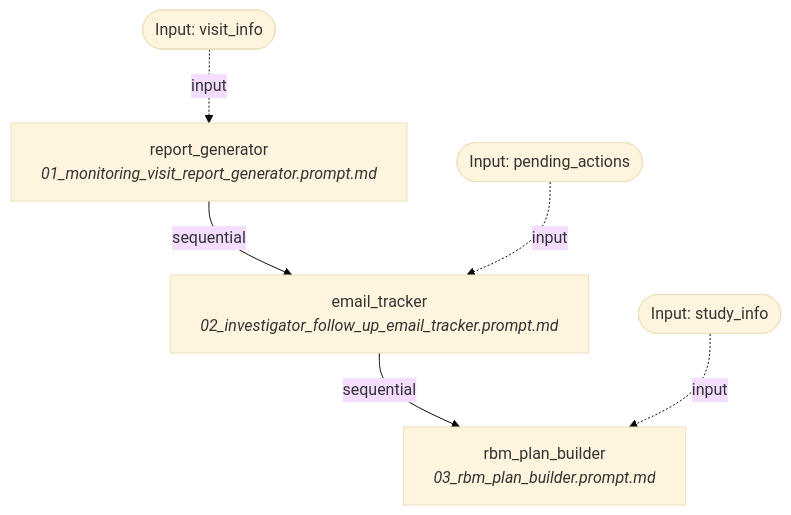
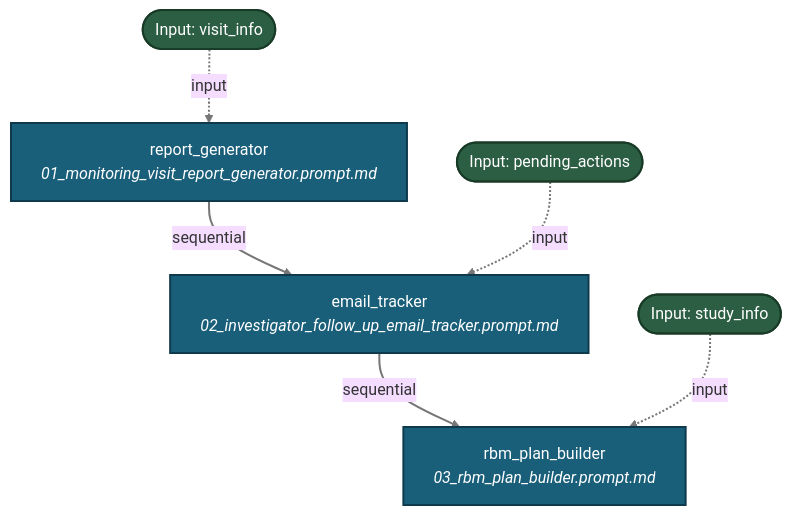
The diagram in docs/workflows/cra.md (fderuiter/proompts), drawn with Mermaid (base theme) before and after one commit. The commit also changed 267 other files, not shown here.

````diff
--- a/docs/workflows/cra.md
+++ b/docs/workflows/cra.md
@@ -11,14 +11,17 @@
 ```mermaid
 graph TD
-    INPUT_visit_info([Input: visit_info])
-    INPUT_pending_actions([Input: pending_actions])
-    INPUT_study_info([Input: study_info])
-    report_generator[report_generator<br><i>01_monitoring_visit_report_generator.prompt.md</i>]
+    classDef stepNode fill:#1a5f7a,stroke:#0d3a4d,stroke-width:2px,color:#ffffff;
+    classDef inputNode fill:#2c5e43,stroke:#183b27,stroke-width:2px,color:#ffffff;
+    INPUT_visit_info([Input: visit_info]):::inputNode
+    INPUT_pending_actions([Input: pending_actions]):::inputNode
+    INPUT_study_info([Input: study_info]):::inputNode
+    report_generator[report_generator<br><i>01_monitoring_visit_report_generator.prompt.md</i>]:::stepNode
     INPUT_visit_info -. input .-> report_generator
     report_generator -->|sequential| email_tracker
-    email_tracker[email_tracker<br><i>02_investigator_follow_up_email_tracker.prompt.md</i>]
+    email_tracker[email_tracker<br><i>02_investigator_follow_up_email_tracker.prompt.md</i>]:::stepNode
     INPUT_pending_actions -. input .-> email_tracker
     email_tracker -->|sequential| rbm_plan_builder
-    rbm_plan_builder[rbm_plan_builder<br><i>03_rbm_plan_builder.prompt.md</i>]
+    rbm_plan_builder[rbm_plan_builder<br><i>03_rbm_plan_builder.prompt.md</i>]:::stepNode
     INPUT_study_info -. input .-> rbm_plan_builder
+    linkStyle default stroke:#767676,stroke-width:2px;
 ```
````
